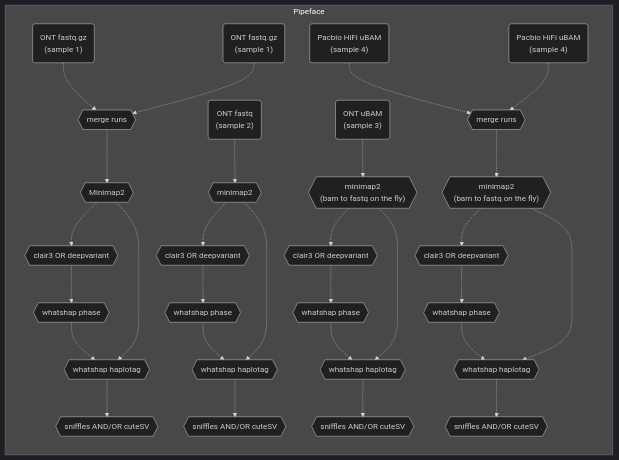
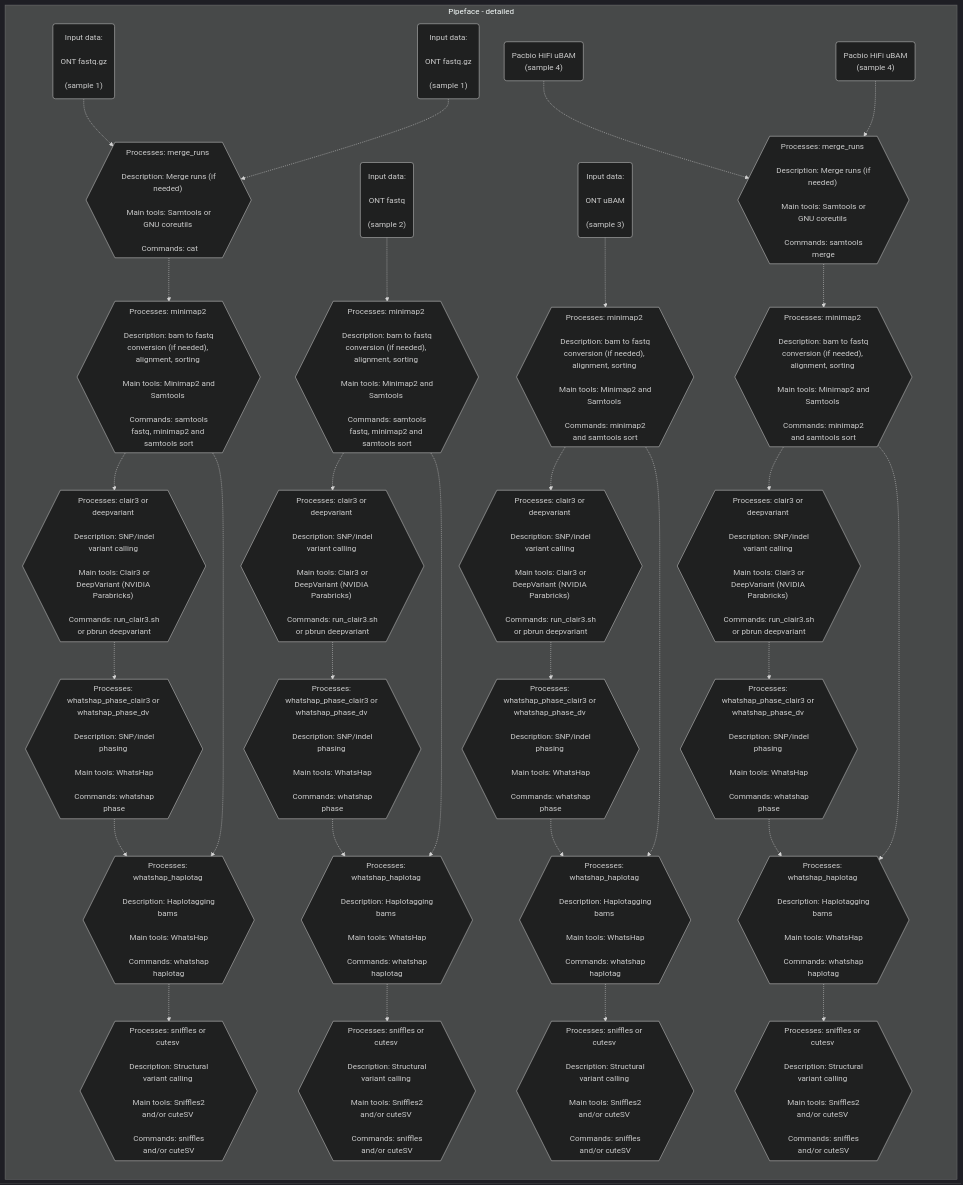
Before and after one commit to leahkemp/pipeface: the second of 2 diagrams in README.md, drawn with Mermaid. The commit also changed other lines of this file, not shown here.

Commit message:
I got excited about mermaid diagrams

````diff
--- a/README.md
+++ b/README.md
@@ -38,57 +39,58 @@
 ```mermaid
 %%{init: {'theme':'dark'}}%%
 flowchart LR
 
-subgraph "Pipeface"
-ont_data_f1("ONT fastq.gz \n (sample 1)")
-ont_data_f2("ONT fastq.gz \n (sample 1)")
-ont_data_f3("ONT fastq \n (sample 2)")
-ont_data_f4("ONT uBAM \n (sample 3)")
+subgraph "Pipeface - detailed"
+
+ont_data_f1("Input data: \n\n ONT fastq.gz \n\n (sample 1)")
+ont_data_f2("Input data: \n\n ONT fastq.gz \n\n (sample 1)")
+ont_data_f3("Input data: \n\n ONT fastq \n\n (sample 2)")
+ont_data_f4("Input data: \n\n ONT uBAM \n\n (sample 3)")
 
 pacbio_data_f5("Pacbio HiFi uBAM \n (sample 4)")
 pacbio_data_f6("Pacbio HiFi uBAM \n (sample 4)")
 
-merge_m1{{"merge runs"}}
-merge_m2{{"merge runs"}}
+merging_m1{{"Processes: merge_runs \n\n Description: Merge runs (if needed) \n\n Main tools: Samtools or GNU coreutils \n\n Commands: cat"}}
+merging_m2{{"Processes: merge_runs \n\n Description: Merge runs (if needed) \n\n Main tools: Samtools or GNU coreutils \n\n Commands: samtools merge"}}
 
-minimap2_s1{{"Minimap2"}}
-minimap2_s2{{"minimap2"}}
-minimap2_s3{{"minimap2 \n (bam to fastq on the fly)"}}
-minimap2_s4{{"minimap2 \n (bam to fastq on the fly)"}}
+alignment_s1{{"Processes: minimap2 \n\n Description: bam to fastq conversion (if needed), alignment, sorting \n\n Main tools: Minimap2 and Samtools \n\n Commands: samtools fastq, minimap2 and samtools sort"}}
+alignment_s2{{"Processes: minimap2 \n\n Description: bam to fastq conversion (if needed), alignment, sorting \n\n Main tools: Minimap2 and Samtools \n\n Commands: samtools fastq, minimap2 and samtools sort"}}
+alignment_s3{{"Processes: minimap2 \n\n Description: bam to fastq conversion (if needed), alignment, sorting \n\n Main tools: Minimap2 and Samtools \n\n Commands: minimap2 and samtools sort"}}
+alignment_s4{{"Processes: minimap2 \n\n Description: bam to fastq conversion (if needed), alignment, sorting \n\n Main tools: Minimap2 and Samtools \n\n Commands: minimap2 and samtools sort"}}
 
-snp_indel_caller_s1{{"clair3 OR deepvariant"}}
-snp_indel_caller_s2{{"clair3 OR deepvariant"}}
-snp_indel_caller_s3{{"clair3 OR deepvariant"}}
-snp_indel_caller_s4{{"clair3 OR deepvariant"}}
+snp_indel_calling_s1{{"Processes: clair3 or deepvariant \n\n Description: SNP/indel variant calling \n\n Main tools: Clair3 or DeepVariant (NVIDIA Parabricks) \n\n Commands: run_clair3.sh or pbrun deepvariant"}}
+snp_indel_calling_s2{{"Processes: clair3 or deepvariant \n\n Description: SNP/indel variant calling \n\n Main tools: Clair3 or DeepVariant (NVIDIA Parabricks) \n\n Commands: run_clair3.sh or pbrun deepvariant"}}
+snp_indel_calling_s3{{"Processes: clair3 or deepvariant \n\n Description: SNP/indel variant calling \n\n Main tools: Clair3 or DeepVariant (NVIDIA Parabricks) \n\n Commands: run_clair3.sh or pbrun deepvariant"}}
+snp_indel_calling_s4{{"Processes: clair3 or deepvariant \n\n Description: SNP/indel variant calling \n\n Main tools: Clair3 or DeepVariant (NVIDIA Parabricks) \n\n Commands: run_clair3.sh or pbrun deepvariant"}}
 
-whatshap_phase_s1{{"whatshap phase"}}
-whatshap_phase_s2{{"whatshap phase"}}
-whatshap_phase_s3{{"whatshap phase"}}
-whatshap_phase_s4{{"whatshap phase"}}
+snp_indel_phasing_s1{{"Processes: whatshap_phase_clair3 or whatshap_phase_dv \n\n Description: SNP/indel phasing \n\n Main tools: WhatsHap \n\n Commands: whatshap phase"}}
+snp_indel_phasing_s2{{"Processes: whatshap_phase_clair3 or whatshap_phase_dv \n\n Description: SNP/indel phasing \n\n Main tools: WhatsHap \n\n Commands: whatshap phase"}}
+snp_indel_phasing_s3{{"Processes: whatshap_phase_clair3 or whatshap_phase_dv \n\n Description: SNP/indel phasing \n\n Main tools: WhatsHap \n\n Commands: whatshap phase"}}
+snp_indel_phasing_s4{{"Processes: whatshap_phase_clair3 or whatshap_phase_dv \n\n Description: SNP/indel phasing \n\n Main tools: WhatsHap \n\n Commands: whatshap phase"}}
 
-whatshap_haplotag_s1{{"whatshap haplotag"}}
-whatshap_haplotag_s2{{"whatshap haplotag"}}
-whatshap_haplotag_s3{{"whatshap haplotag"}}
-whatshap_haplotag_s4{{"whatshap haplotag"}}
+haplotagging_s1{{"Processes: whatshap_haplotag \n\n Description: Haplotagging bams \n\n Main tools: WhatsHap \n\n Commands: whatshap haplotag"}}
+haplotagging_s2{{"Processes: whatshap_haplotag \n\n Description: Haplotagging bams \n\n Main tools: WhatsHap \n\n Commands: whatshap haplotag"}}
+haplotagging_s3{{"Processes: whatshap_haplotag \n\n Description: Haplotagging bams \n\n Main tools: WhatsHap \n\n Commands: whatshap haplotag"}}
+haplotagging_s4{{"Processes: whatshap_haplotag \n\n Description: Haplotagging bams \n\n Main tools: WhatsHap \n\n Commands: whatshap haplotag"}}
 
-sv_caller_s1{{"sniffles AND/OR cuteSV"}}
-sv_caller_s2{{"sniffles AND/OR cuteSV"}}
-sv_caller_s3{{"sniffles AND/OR cuteSV"}}
-sv_caller_s4{{"sniffles AND/OR cuteSV"}}
+sv_calling_s1{{"Processes: sniffles or cutesv \n\n Description: Structural variant calling \n\n Main tools: Sniffles2 and/or cuteSV \n\n Commands: sniffles and/or cuteSV"}}
+sv_calling_s2{{"Processes: sniffles or cutesv \n\n Description: Structural variant calling \n\n Main tools: Sniffles2 and/or cuteSV \n\n Commands: sniffles and/or cuteSV"}}
+sv_calling_s3{{"Processes: sniffles or cutesv \n\n Description: Structural variant calling \n\n Main tools: Sniffles2 and/or cuteSV \n\n Commands: sniffles and/or cuteSV"}}
+sv_calling_s4{{"Processes: sniffles or cutesv \n\n Description: Structural variant calling \n\n Main tools: Sniffles2 and/or cuteSV \n\n Commands: sniffles and/or cuteSV"}}
 
-ont_data_f1-.->merge_m1-.->minimap2_s1-.->snp_indel_caller_s1-.->whatshap_phase_s1-.->whatshap_haplotag_s1-.->sv_caller_s1
-ont_data_f2-.->merge_m1
-ont_data_f3-.->minimap2_s2-.->snp_indel_caller_s2-.->whatshap_phase_s2-.->whatshap_haplotag_s2-.->sv_caller_s2
-ont_data_f4-.->minimap2_s3-.->snp_indel_caller_s3-.->whatshap_phase_s3-.->whatshap_haplotag_s3-.->sv_caller_s3
+ont_data_f1-.->merging_m1-.->alignment_s1-.->snp_indel_calling_s1-.->snp_indel_phasing_s1-.->haplotagging_s1-.->sv_calling_s1
+ont_data_f2-.->merging_m1
+ont_data_f3-.->alignment_s2-.->snp_indel_calling_s2-.->snp_indel_phasing_s2-.->haplotagging_s2-.->sv_calling_s2
+ont_data_f4-.->alignment_s3-.->snp_indel_calling_s3-.->snp_indel_phasing_s3-.->haplotagging_s3-.->sv_calling_s3
 
-pacbio_data_f5-.->merge_m2-.->minimap2_s4-.->snp_indel_caller_s4-.->whatshap_phase_s4-.->whatshap_haplotag_s4-.->sv_caller_s4
-pacbio_data_f6-.->merge_m2
+pacbio_data_f5-.->merging_m2-.->alignment_s4-.->snp_indel_calling_s4-.->snp_indel_phasing_s4-.->haplotagging_s4-.->sv_calling_s4
+pacbio_data_f6-.->merging_m2
 
-minimap2_s1-.->whatshap_haplotag_s1
-minimap2_s2-.->whatshap_haplotag_s2
-minimap2_s3-.->whatshap_haplotag_s3
-minimap2_s4-.->whatshap_haplotag_s4
+alignment_s1-.->haplotagging_s1
+alignment_s2-.->haplotagging_s2
+alignment_s3-.->haplotagging_s3
+alignment_s4-.->haplotagging_s4
 
 end
 
 ```
````
